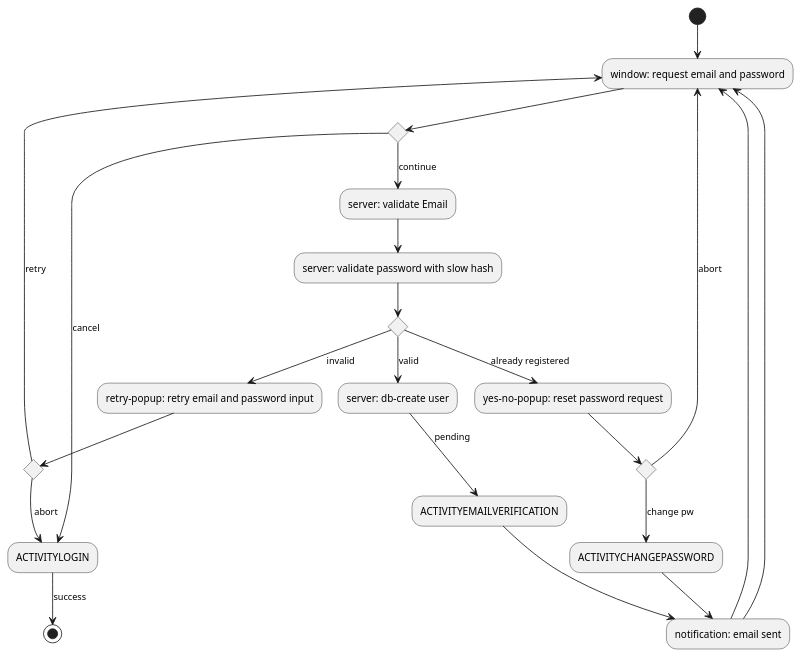
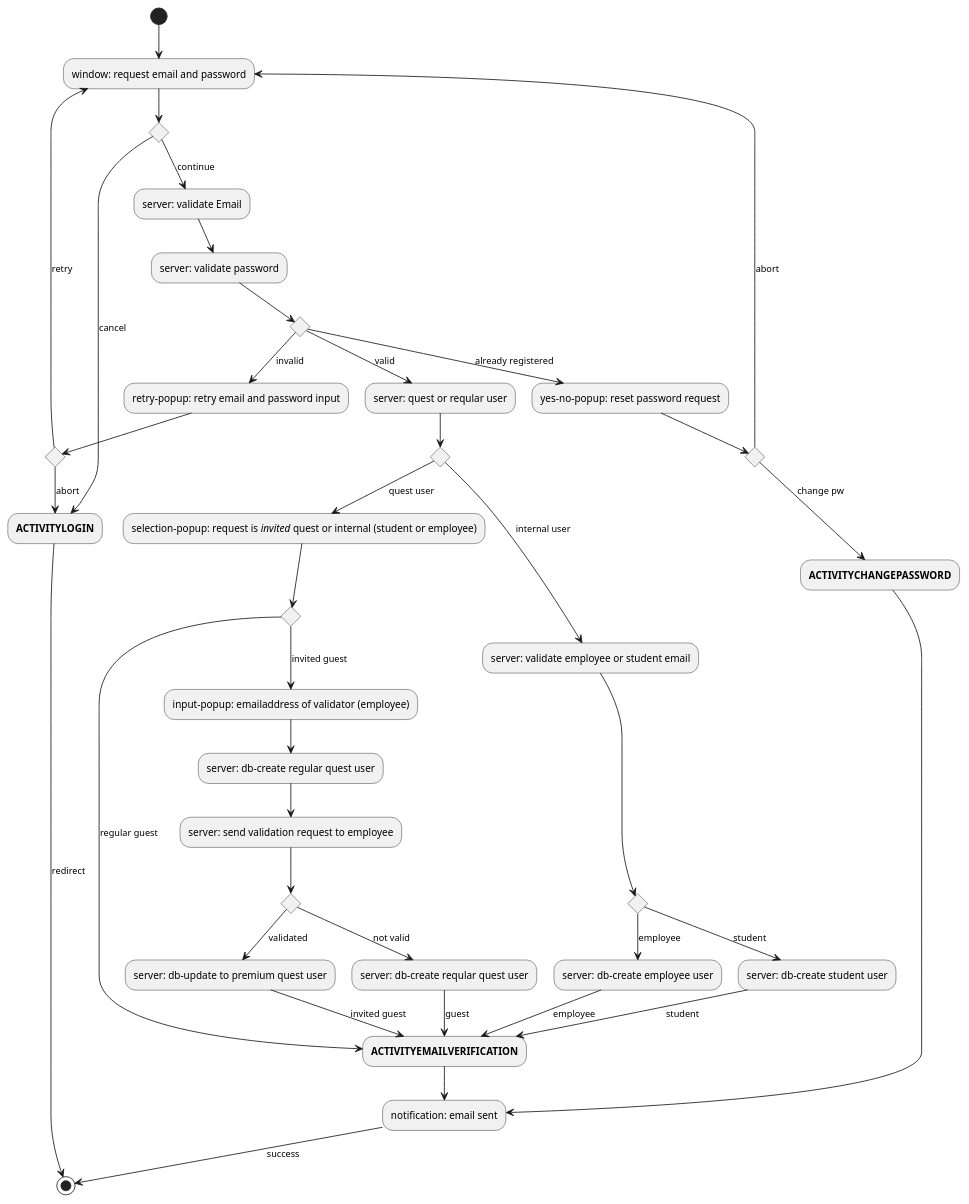
The diagram in docs/architecture/diagrams_code/security/ACTIVITYREGISTER.puml (0K5/campusfinder), drawn with PlantUML before and after one commit. The commit also changed 38 other files, not shown here.

Commit message:
Added activity diagrams for maps

```diff
--- a/docs/architecture/diagrams_code/security/ACTIVITYREGISTER.puml
+++ b/docs/architecture/diagrams_code/security/ACTIVITYREGISTER.puml
@@ -1,32 +1,56 @@
-@startuml
+    @startuml
 (*)  --> "window: request email and password"
 if "" then
-    --> [cancel] "ACTIVITYLOGIN"
-    --> [success] (*)
+    --> [cancel] "**ACTIVITYLOGIN**"
+    --> [redirect] (*)
 else
     --> [continue] "server: validate Email"
-    --> "server: validate password with slow hash"
+    --> "server: validate password"
     if "" then
-        --> [valid] "server: db-create user"
-        --> [pending] "ACTIVITYEMAILVERIFICATION"
-        --> "notification: email sent"
-        --> "window: request email and password"
+        --> [valid] "server: quest or reqular user"
+        if "" then
+            --> [quest user] "selection-popup: request is //invited// quest or internal (student or employee)"
+            if "" then
+                --> [invited guest] "input-popup: emailaddress of validator (employee)"
+                --> "server: db-create regular quest user"
+                --> "server: send validation request to employee"
+                if "" then
+                    --> [validated] "server: db-update to premium quest user"
+                    --> [invited guest] "**ACTIVITYEMAILVERIFICATION**"
+                else
+                    --> [not valid] "server: db-create reqular quest user"
+                    --> [guest] "**ACTIVITYEMAILVERIFICATION**"
+                Endif
+            else
+                --> [regular guest] "**ACTIVITYEMAILVERIFICATION**"
+                --> "notification: email sent"
+                --> [success] (*)
+            Endif
+        else
+            --> [internal user] "server: validate employee or student email"
+            if "" then
+                --> [student] "server: db-create student user"
+                --> [student] "**ACTIVITYEMAILVERIFICATION**"
+            else
+                --> [employee] "server: db-create employee user"
+                --> [employee] "**ACTIVITYEMAILVERIFICATION**"
+            Endif
+        Endif
     else
         --> [invalid] "retry-popup: retry email and password input"
         if "" then
-            --> [abort] "ACTIVITYLOGIN"
+            --> [abort] "**ACTIVITYLOGIN**"
         else
             --> [retry] "window: request email and password"
         Endif
     else
         --> [already registered] "yes-no-popup: reset password request"
         if "" then
-            --> [change pw] "ACTIVITYCHANGEPASSWORD"
+            --> [change pw] "**ACTIVITYCHANGEPASSWORD**"
             --> "notification: email sent"
-            --> "window: request email and password"
         else
             --> [abort] "window: request email and password"
         Endif
     Endif
 Endif
 @enduml
```
